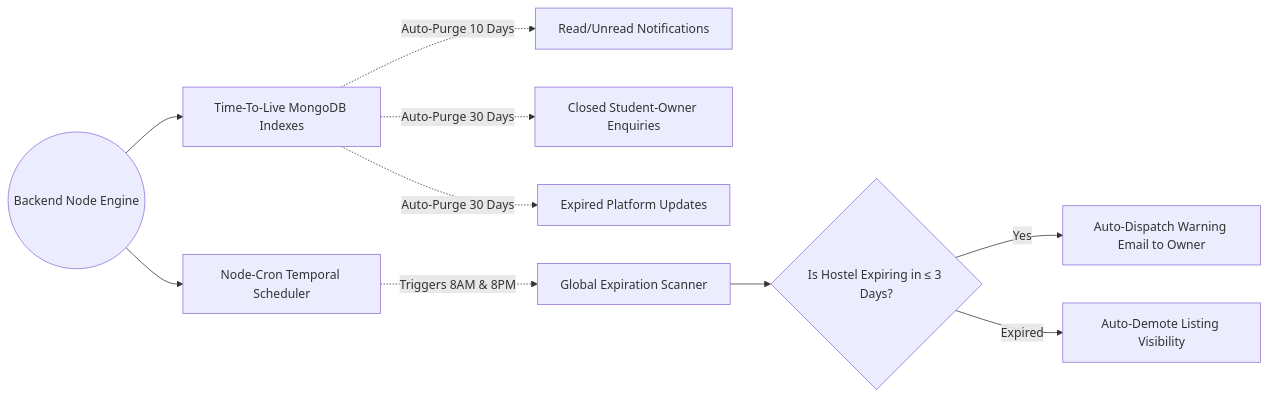
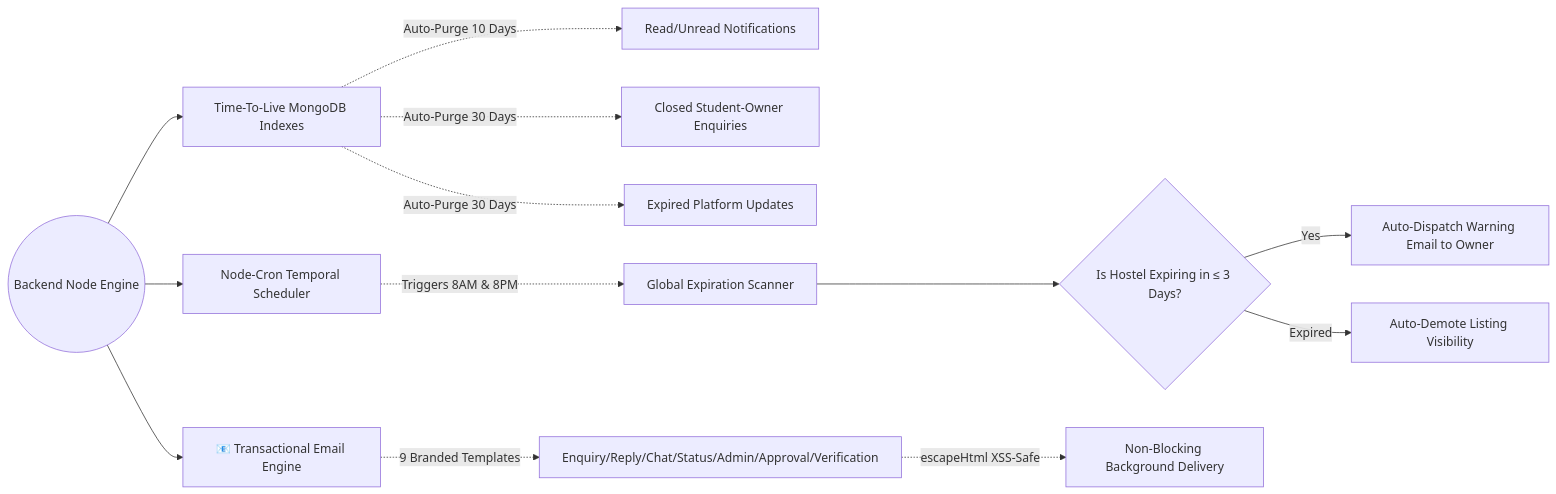
One commit to Raunaksharmaq64/Hostel-Buddy changed the fifth of 5 diagrams in ARCHITECTURE_FLOW.md. Above: the diagram before and after it, drawn with Mermaid. The commit also changed other lines of this file and 6 other files, not shown here.

Commit message:
feat: implement comprehensive email notification system with 9 branded HTML templates and backend controllers.

````diff
--- a/ARCHITECTURE_FLOW.md
+++ b/ARCHITECTURE_FLOW.md
@@ -152,14 +158,18 @@
 ```mermaid
 flowchart LR
     SYS((Backend Node Engine)) --> A[Time-To-Live MongoDB Indexes]
     SYS --> B[Node-Cron Temporal Scheduler]
     
     A -.->|Auto-Purge 10 Days| C[Read/Unread Notifications]
     A -.->|Auto-Purge 30 Days| D[Closed Student-Owner Enquiries]
     A -.->|Auto-Purge 30 Days| E[Expired Platform Updates]
     
     B -.->|Triggers 8AM & 8PM| F[Global Expiration Scanner]
     F --> G{Is Hostel Expiring in ≤ 3 Days?}
     G -->|Yes| H[Auto-Dispatch Warning Email to Owner]
     G -->|Expired| I[Auto-Demote Listing Visibility]
+    
+    SYS --> J[📧 Transactional Email Engine]
+    J -.->|9 Branded Templates| K[Enquiry/Reply/Chat/Status/Admin/Approval/Verification]
+    K -.->|escapeHtml XSS-Safe| L[Non-Blocking Background Delivery]
 ```
````
